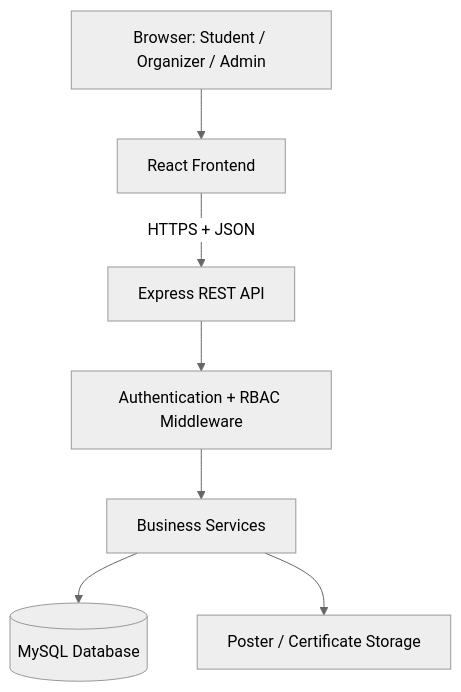
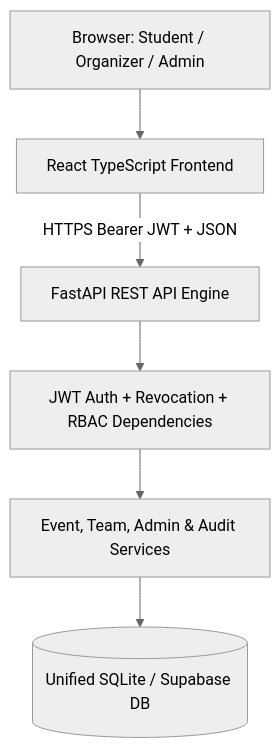
One commit to ShoibeArafat/UniEvent-A-Web-Based-University-Event-Management-and-Registration-Platform changed the first of 5 diagrams in docs/TDD.md. Above: the diagram before and after it, drawn with Mermaid (neutral theme). The commit also changed other lines of this file and 31 other files, not shown here.

First line of the commit message:
feat: implement Parts 3-8 (RBAC ownership, shared teams, admin center, audit trail, cloud DB & demo accounts)

````diff
--- a/docs/TDD.md
+++ b/docs/TDD.md
@@ -35,16 +34,14 @@
 ```mermaid
 flowchart TB
     B[Browser: Student / Organizer / Admin]
-    FE[React Frontend]
-    API[Express REST API]
-    MW[Authentication + RBAC Middleware]
-    SVC[Business Services]
-    DB[(MySQL Database)]
-    FS[Poster / Certificate Storage]
+    FE[React TypeScript Frontend]
+    API[FastAPI REST API Engine]
+    MW[JWT Auth + Revocation + RBAC Dependencies]
+    SVC[Event, Team, Admin & Audit Services]
+    DB[(Unified SQLite / Supabase DB)]
     B --> FE
-    FE -->|HTTPS + JSON| API
+    FE -->|HTTPS Bearer JWT + JSON| API
     API --> MW
     MW --> SVC
     SVC --> DB
-    SVC --> FS
 ```
````
